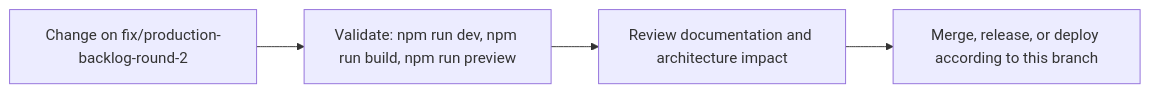
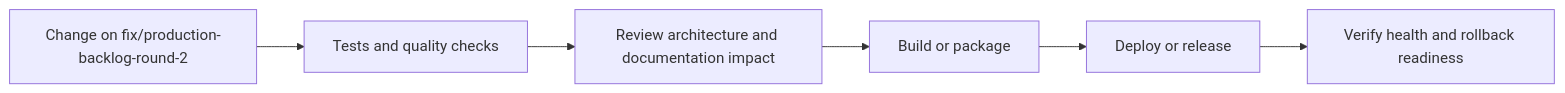
Before and after one commit to Nischhalsubba/nischhalsubba.com.np: the fifth of 6 diagrams in README.md, drawn with Mermaid. The commit also changed other lines of this file, not shown here.

````diff
--- a/README.md
+++ b/README.md
@@ -85,8 +181,8 @@
 ```mermaid
 flowchart LR
-    CHANGE["Change on fix/production-backlog-round-2"]
-    CHECK["Validate: npm run dev, npm run build, npm run preview"]
-    REVIEW["Review documentation and architecture impact"]
-    RELEASE["Merge, release, or deploy according to this branch"]
-    CHANGE --> CHECK --> REVIEW --> RELEASE
+    CHANGE["Change on fix/production-backlog-round-2"] --> CHECK["Tests and quality checks"]
+    CHECK --> REVIEW["Review architecture and documentation impact"]
+    REVIEW --> BUILD["Build or package"]
+    BUILD --> DEPLOY["Deploy or release"]
+    DEPLOY --> VERIFY["Verify health and rollback readiness"]
 ```
````
